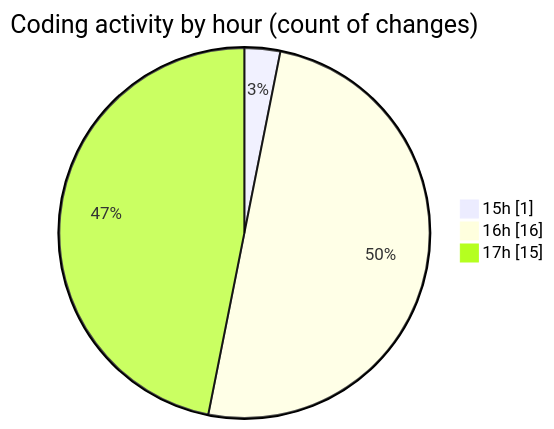
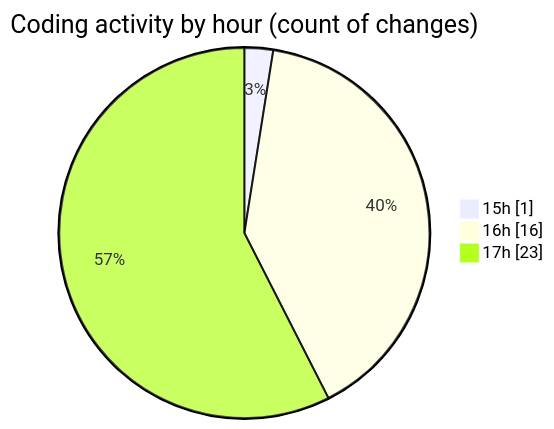
One commit to debugP/code-tracking changed the second of 2 diagrams in 2025-10-14/untitled__workspace_/README.md. Above: the diagram before and after it, drawn with Mermaid. The commit also changed other lines of this file and 1 other file, not shown here.

````diff
--- a/2025-10-14/untitled__workspace_/README.md
+++ b/2025-10-14/untitled__workspace_/README.md
@@ -28,7 +28,7 @@
 ```mermaid
 pie showData
 title Coding activity by hour (count of changes)
 "15h" : 1
 "16h" : 16
-"17h" : 15
+"17h" : 23
 ```
````
